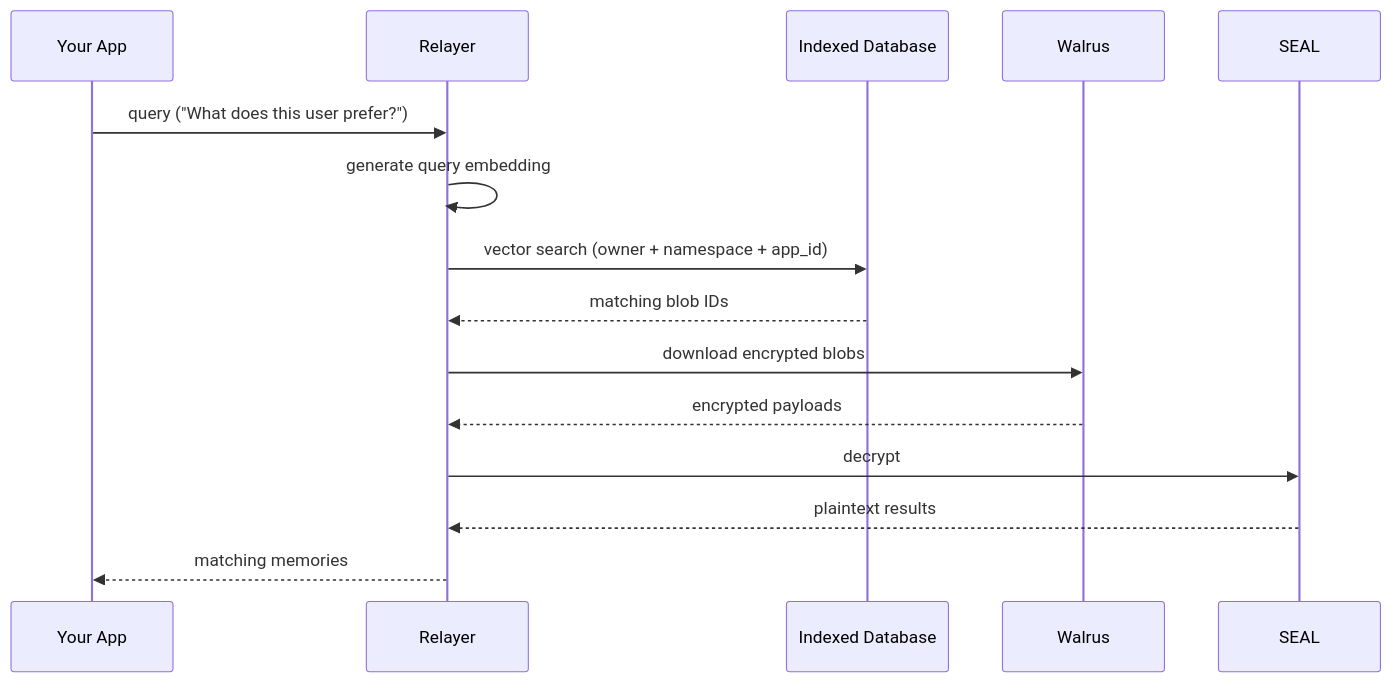
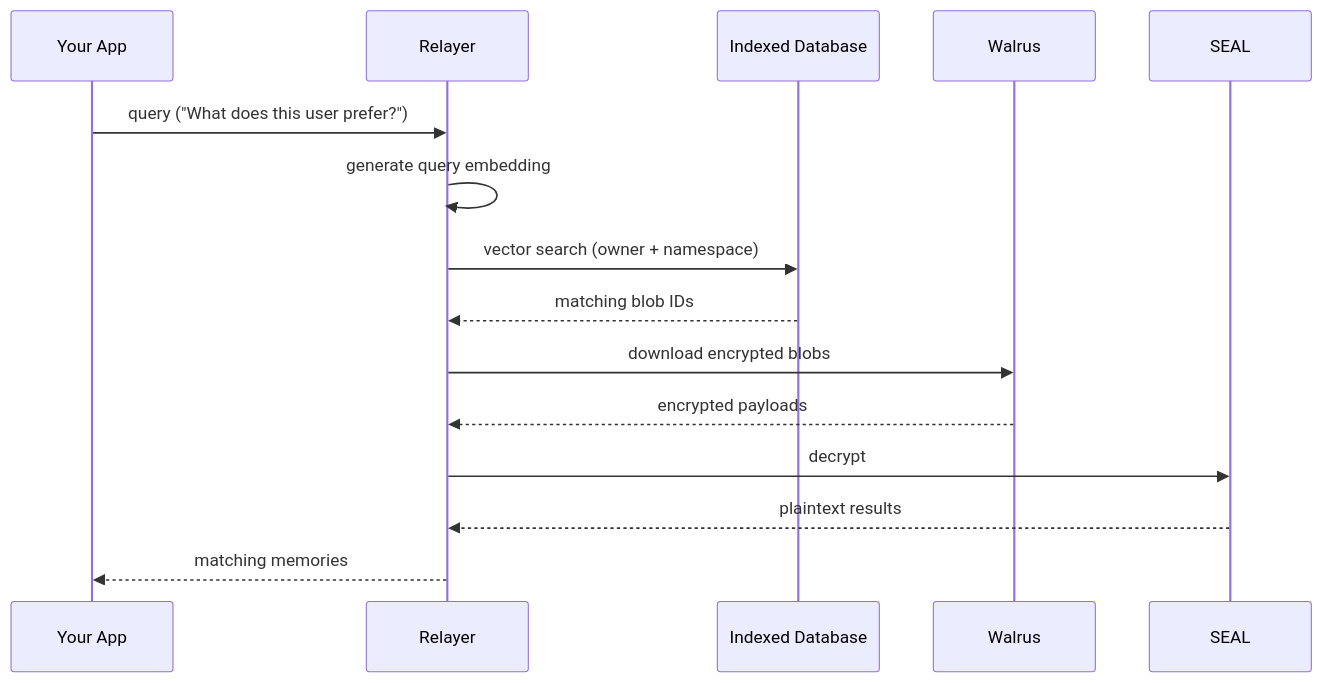
The second of 3 diagrams in docs/fundamentals/architecture/how-storage-works.md (MystenLabs/MemWal), drawn with Mermaid before and after one commit. The commit also changed other lines of this file and 29 other files, not shown here.

````diff
--- a/docs/fundamentals/architecture/how-storage-works.md
+++ b/docs/fundamentals/architecture/how-storage-works.md
@@ -56,18 +56,18 @@
 ```mermaid
 sequenceDiagram
     participant App as Your App
     participant Relayer as Relayer
     participant DB as Indexed Database
     participant Walrus as Walrus
     participant SEAL as SEAL
 
     App->>Relayer: query ("What does this user prefer?")
     Relayer->>Relayer: generate query embedding
-    Relayer->>DB: vector search (owner + namespace + app_id)
+    Relayer->>DB: vector search (owner + namespace)
     DB-->>Relayer: matching blob IDs
     Relayer->>Walrus: download encrypted blobs
     Walrus-->>Relayer: encrypted payloads
     Relayer->>SEAL: decrypt
     SEAL-->>Relayer: plaintext results
     Relayer-->>App: matching memories
 ```
````
